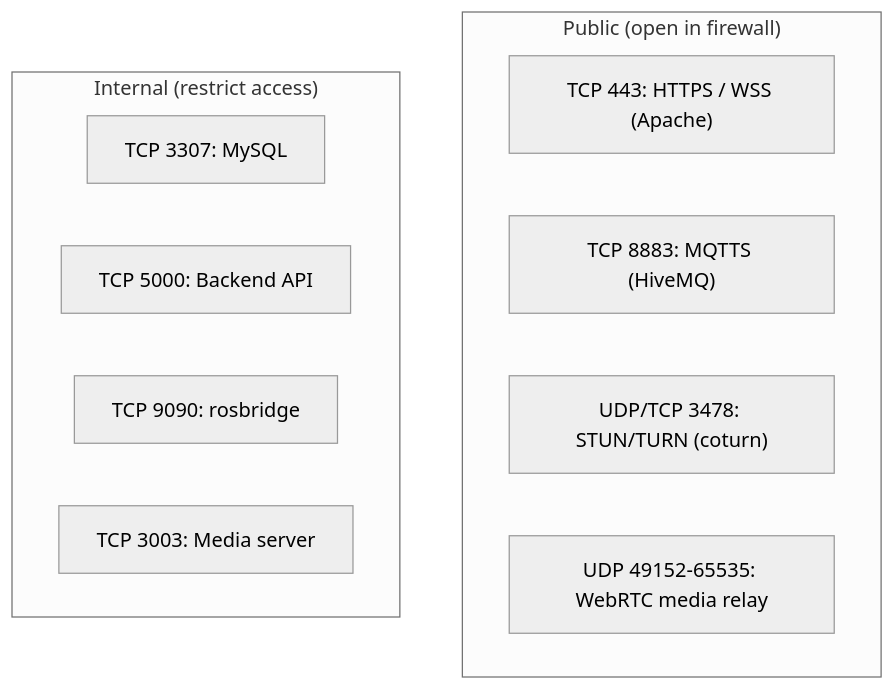
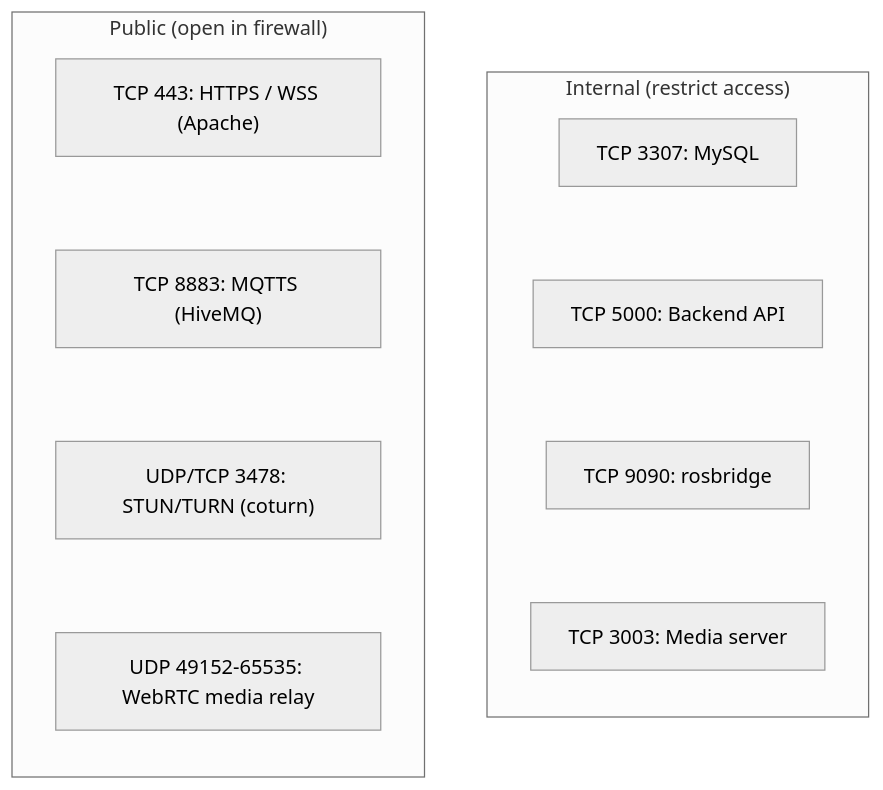
Before and after one commit to itbdelaboprogramming/msd700_documentation: the second of 2 diagrams in docs/setup/prerequisites.md, drawn with Mermaid (neutral theme). The commit also changed other lines of this file and 340 other files, not shown here.

````diff
--- a/docs/setup/prerequisites.md
+++ b/docs/setup/prerequisites.md
@@ -56,16 +62,22 @@
 ```mermaid
-flowchart TD
+flowchart LR
   subgraph PublicIngress["Public (open in firewall)"]
+    direction TB
     P443["TCP 443: HTTPS / WSS (Apache)"]
     P8883["TCP 8883: MQTTS (HiveMQ)"]
     P3478["UDP/TCP 3478: STUN/TURN (coturn)"]
     PRANGE["UDP 49152-65535: WebRTC media relay"]
   end
 
   subgraph LocalLoopback["Internal (restrict access)"]
+    direction TB
     P3306["TCP 3307: MySQL"]
     P5000["TCP 5000: Backend API"]
     P9090["TCP 9090: rosbridge"]
     P3003["TCP 3003: Media server"]
   end
+
+  P443 ~~~ P8883 ~~~ P3478 ~~~ PRANGE
+  P3306 ~~~ P5000 ~~~ P9090 ~~~ P3003
+  PublicIngress ~~~ LocalLoopback
 ```
````
